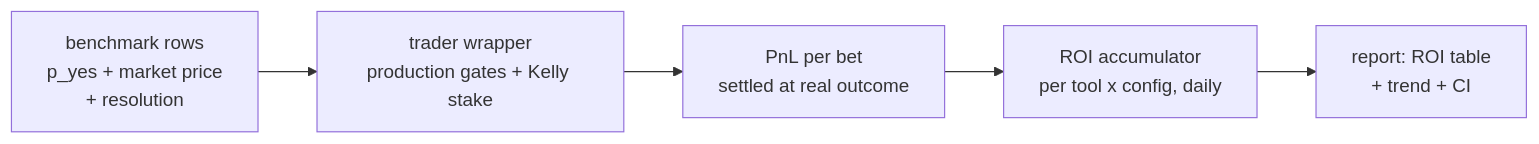
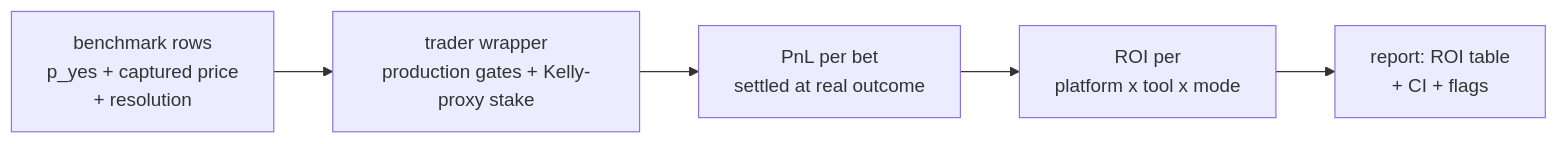
Before and after one commit to valory-xyz/mech-predict: the diagram in docs/design/roi-companion-sim-one-pager.md, drawn with Mermaid. The commit also changed other lines of this file, not shown here.

Commit message:
docs: refresh ROI companion one-pager — standalone workflow, prod+tournament scope, certified method, staged Slack plan, measured data sufficiency

````diff
--- a/docs/design/roi-companion-sim-one-pager.md
+++ b/docs/design/roi-companion-sim-one-pager.md
@@ -15,7 +16,7 @@
 ```mermaid
 flowchart LR
-  A[benchmark rows<br/>p_yes + market price<br/>+ resolution] --> B[trader wrapper<br/>production gates + Kelly stake]
+  A[benchmark rows<br/>p_yes + captured price<br/>+ resolution] --> B[trader wrapper<br/>production gates + Kelly-proxy stake]
   B --> C[PnL per bet<br/>settled at real outcome]
-  C --> D[ROI accumulator<br/>per tool x config, daily]
-  D --> E[report: ROI table<br/>+ trend + CI]
+  C --> D[ROI per<br/>platform x tool x mode]
+  D --> E[report: ROI table<br/>+ CI + flags]
 ```
````
